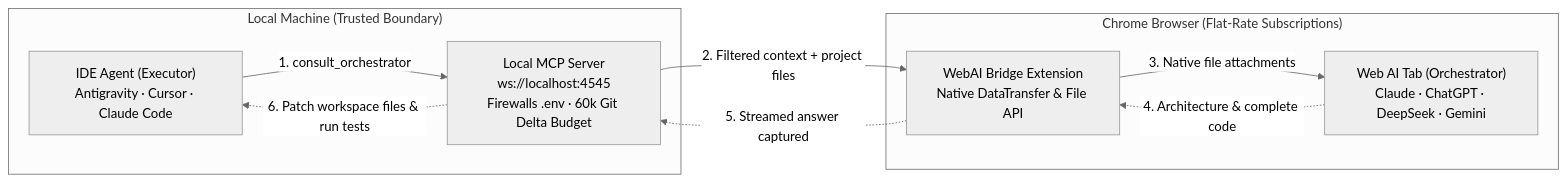
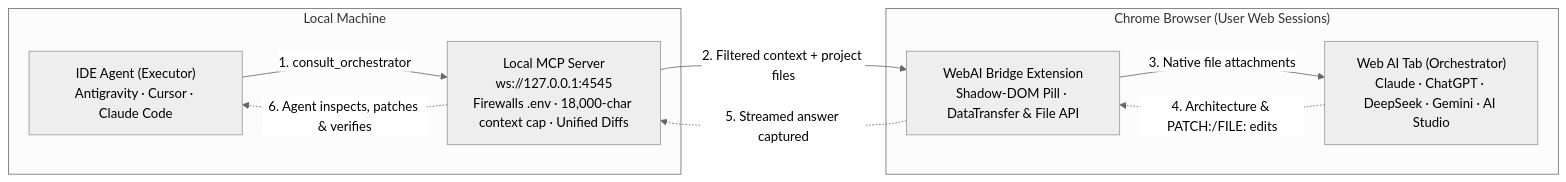
One commit to GoulagmanYt/webai-bridge changed the diagram in README.md. Above: the diagram before and after it, drawn with Mermaid (neutral theme). The commit also changed other lines of this file and 5 other files, not shown here.

````diff
--- a/README.md
+++ b/README.md
@@ -123,19 +92,19 @@
 ```mermaid
 flowchart LR
-    subgraph Local["Local Machine (Trusted Boundary)"]
+    subgraph Local["Local Machine"]
         IDE["IDE Agent (Executor)<br/>Antigravity · Cursor · Claude Code"]
-        MCP["Local MCP Server<br/>ws://localhost:4545<br/>Firewalls .env · 60k Git Delta Budget"]
+        MCP["Local MCP Server<br/>ws://127.0.0.1:4545<br/>Firewalls .env · 18,000-char context cap · Unified Diffs"]
     end
 
-    subgraph Browser["Chrome Browser (Flat-Rate Subscriptions)"]
-        EXT["WebAI Bridge Extension<br/>Native DataTransfer & File API"]
-        WEB["Web AI Tab (Orchestrator)<br/>Claude · ChatGPT · DeepSeek · Gemini"]
+    subgraph Browser["Chrome Browser (User Web Sessions)"]
+        EXT["WebAI Bridge Extension<br/>Shadow-DOM Pill · DataTransfer & File API"]
+        WEB["Web AI Tab (Orchestrator)<br/>Claude · ChatGPT · DeepSeek · Gemini · AI Studio"]
     end
 
     IDE -- "1. consult_orchestrator" --> MCP
     MCP -- "2. Filtered context + project files" --> EXT
     EXT -- "3. Native file attachments" --> WEB
-    WEB -. "4. Architecture & complete code" .-> EXT
+    WEB -. "4. Architecture & PATCH:/FILE: edits" .-> EXT
     EXT -. "5. Streamed answer captured" .-> MCP
-    MCP -. "6. Patch workspace files & run tests" .-> IDE
+    MCP -. "6. Agent inspects, patches & verifies" .-> IDE
 ```
````
